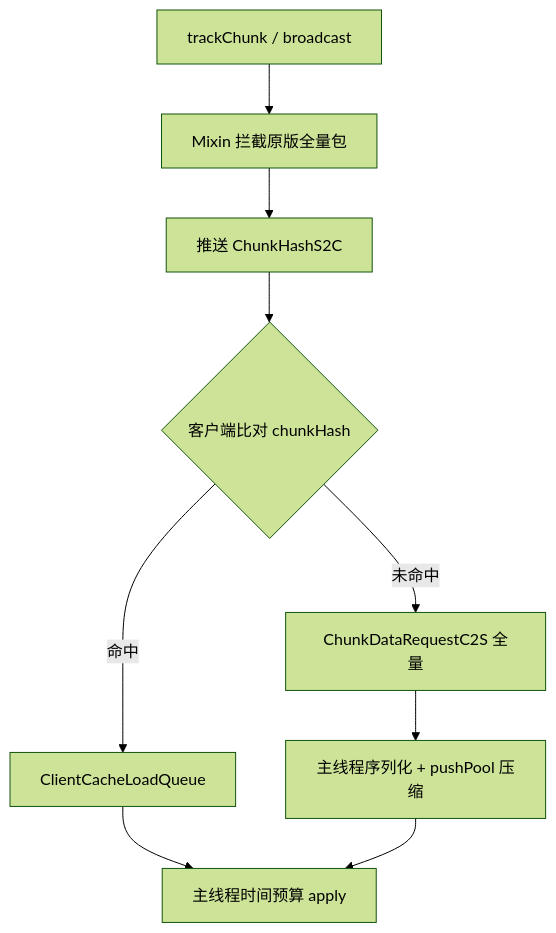
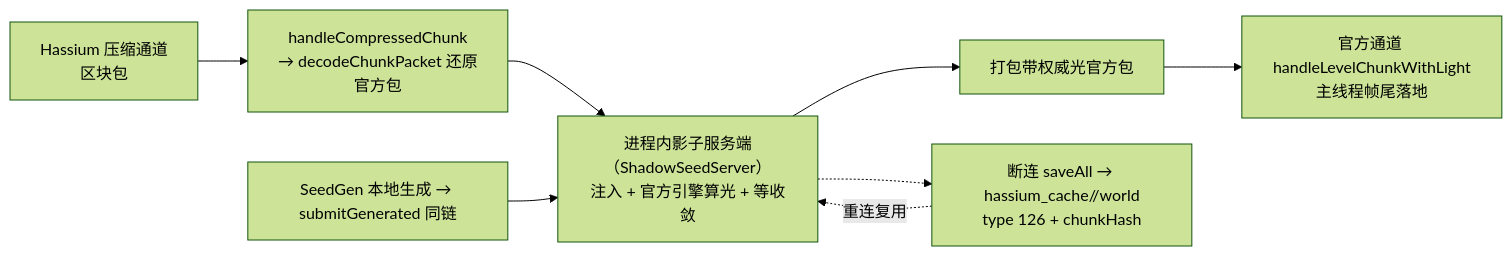
The diagram in README.md (limuqy/Hassium), drawn with Mermaid (forest theme) before and after one commit. The commit also changed other lines of this file and 77 other files, not shown here.

````diff
--- a/README.md
+++ b/README.md
@@ -123,15 +124,15 @@
 ```mermaid
-flowchart TD
-    trigger["trackChunk / broadcast"]
-    mixin["Mixin 拦截原版全量包"]
-    hash["推送 ChunkHashS2C"]
-    compare{"客户端比对 chunkHash"}
-    hit["ClientCacheLoadQueue"]
-    miss["ChunkDataRequestC2S 全量"]
-    push["主线程序列化 + pushPool 压缩"]
-    apply["主线程时间预算 apply"]
+flowchart LR
+    wire["Hassium 压缩通道<br/>区块包"]
+    decode["handleCompressedChunk<br/>→ decodeChunkPacket 还原官方包"]
+    shadow["进程内影子服务端（ShadowSeedServer）<br/>注入 + 官方引擎算光 + 等收敛"]
+    pack["打包带权威光官方包"]
+    apply["官方通道 handleLevelChunkWithLight<br/>主线程帧尾落地"]
+    save["断连 saveAll → hassium_cache/<serverId>/world<br/>type 126 + chunkHash"]
+    regen["SeedGen 本地生成 → submitGenerated 同链"]
 
-    trigger --> mixin --> hash --> compare
-    compare -->|命中| hit --> apply
-    compare -->|未命中| miss --> push --> apply
+    wire --> decode --> shadow --> pack --> apply
+    regen --> shadow
+    shadow -.-> save
+    save -.->|"重连复用"| shadow
 ```
````
